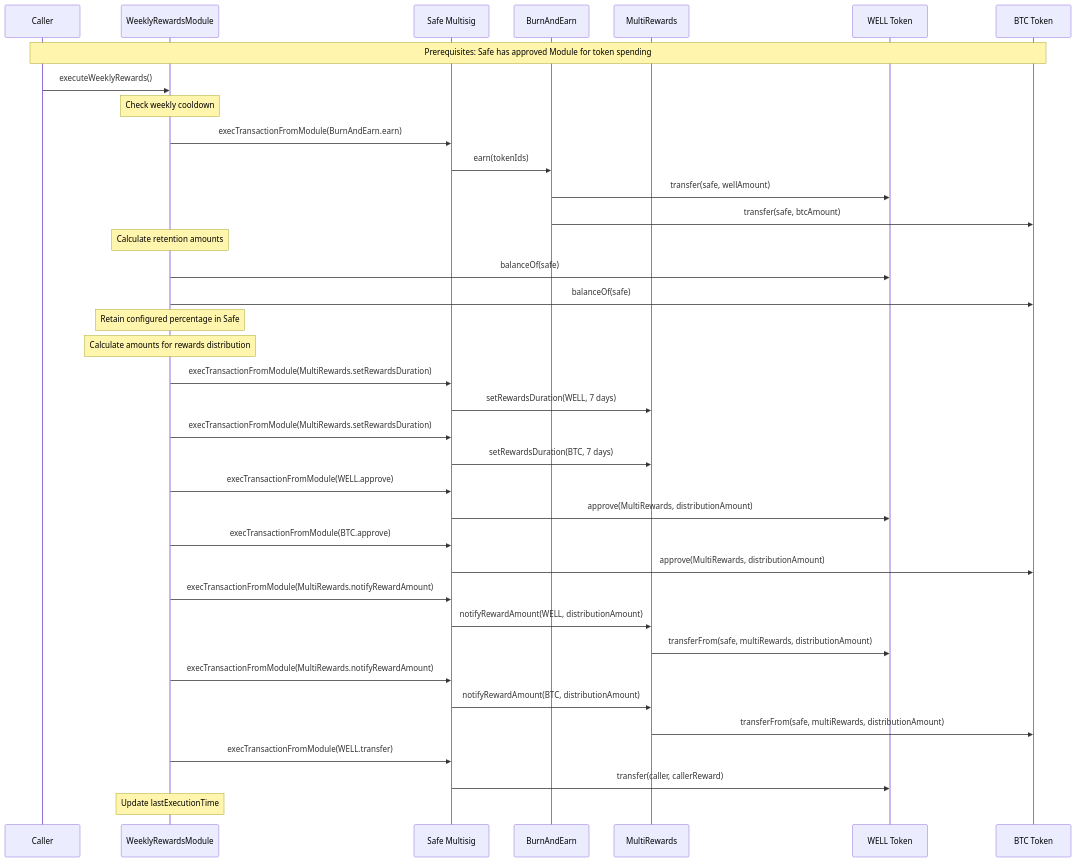
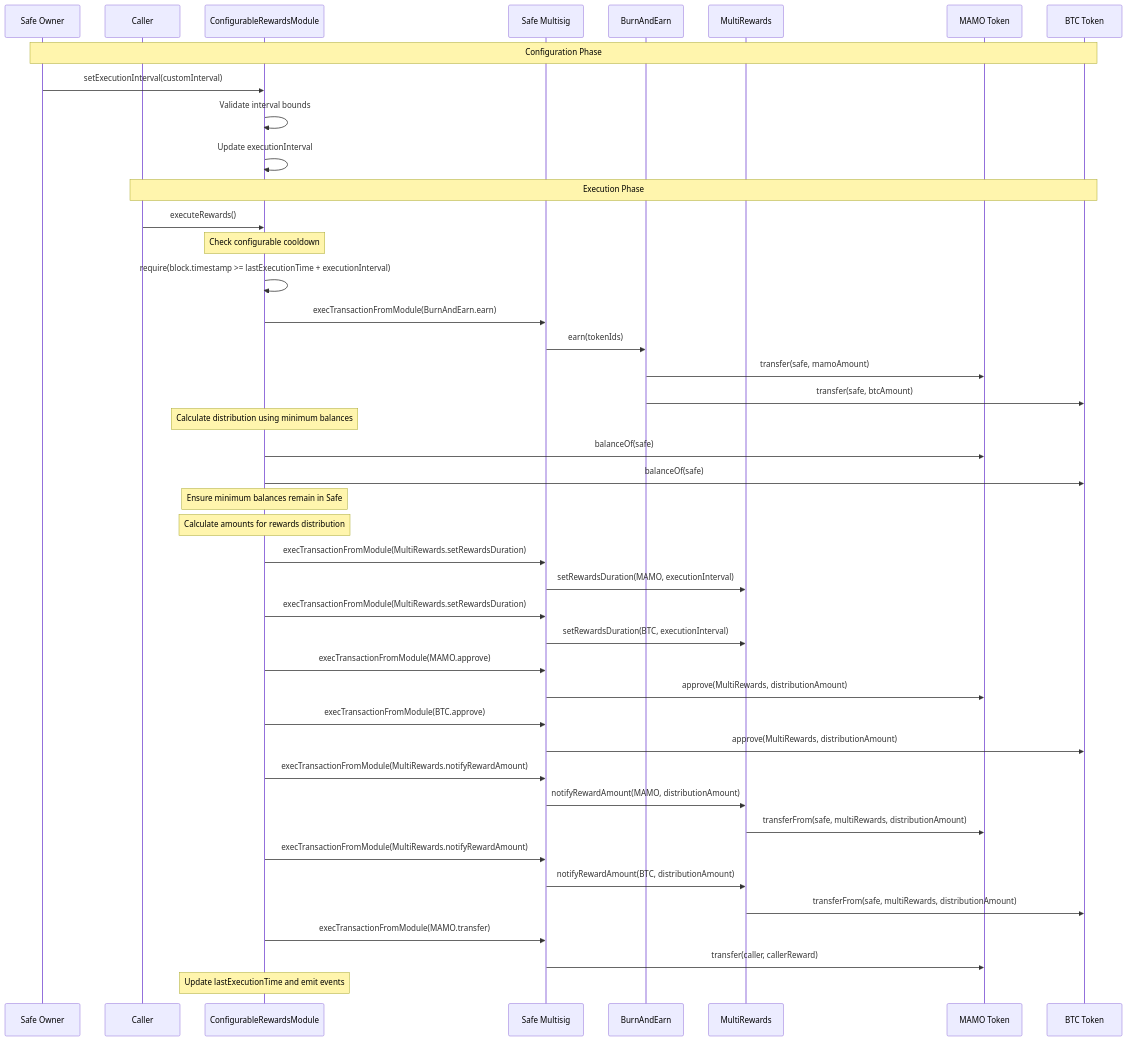
Before and after one commit to moonwell-fi/mamo-contracts: the diagram in docs/SAFE_REWARDS_DISTRIBUTOR_MODULE.md, drawn with Mermaid. The commit also changed other lines of this file, not shown here.

````diff
--- a/docs/SAFE_REWARDS_DISTRIBUTOR_MODULE.md
+++ b/docs/SAFE_REWARDS_DISTRIBUTOR_MODULE.md
@@ -27,53 +39,59 @@
 ```mermaid
 sequenceDiagram
+    participant Owner as Safe Owner
     participant Caller
-    participant Module as WeeklyRewardsModule
+    participant Module as ConfigurableRewardsModule
     participant Safe as Safe Multisig
     participant BurnAndEarn
     participant MultiRewards
-    participant WELL as WELL Token
+    participant MAMO as MAMO Token
     participant BTC as BTC Token
 
-    Note over Caller,BTC: Prerequisites: Safe has approved Module for token spending
-
-    Caller->>Module: executeWeeklyRewards()
+    Note over Owner,BTC: Configuration Phase
+    Owner->>Module: setExecutionInterval(customInterval)
+    Module->>Module: Validate interval bounds
+    Module->>Module: Update executionInterval
     
-    Note over Module: Check weekly cooldown
+    Note over Caller,BTC: Execution Phase
+    Caller->>Module: executeRewards()
+    
+    Note over Module: Check configurable cooldown
+    Module->>Module: require(block.timestamp >= lastExecutionTime + executionInterval)
     
     Module->>Safe: execTransactionFromModule(BurnAndEarn.earn)
     Safe->>BurnAndEarn: earn(tokenIds)
-    BurnAndEarn->>WELL: transfer(safe, wellAmount)
+    BurnAndEarn->>MAMO: transfer(safe, mamoAmount)
     BurnAndEarn->>BTC: transfer(safe, btcAmount)
     
-    Note over Module: Calculate retention amounts
-    Module->>WELL: balanceOf(safe)
+    Note over Module: Calculate distribution using minimum balances
+    Module->>MAMO: balanceOf(safe)
     Module->>BTC: balanceOf(safe)
     
-    Note over Module: Retain configured percentage in Safe
+    Note over Module: Ensure minimum balances remain in Safe
     Note over Module: Calculate amounts for rewards distribution
     
     Module->>Safe: execTransactionFromModule(MultiRewards.setRewardsDuration)
-    Safe->>MultiRewards: setRewardsDuration(WELL, 7 days)
+    Safe->>MultiRewards: setRewardsDuration(MAMO, executionInterval)
     
     Module->>Safe: execTransactionFromModule(MultiRewards.setRewardsDuration)
-    Safe->>MultiRewards: setRewardsDuration(BTC, 7 days)
+    Safe->>MultiRewards: setRewardsDuration(BTC, executionInterval)
     
-    Module->>Safe: execTransactionFromModule(WELL.approve)
-    Safe->>WELL: approve(MultiRewards, distributionAmount)
+    Module->>Safe: execTransactionFromModule(MAMO.approve)
+    Safe->>MAMO: approve(MultiRewards, distributionAmount)
     
     Module->>Safe: execTransactionFromModule(BTC.approve)
     Safe->>BTC: approve(MultiRewards, distributionAmount)
     
     Module->>Safe: execTransactionFromModule(MultiRewards.notifyRewardAmount)
-    Safe->>MultiRewards: notifyRewardAmount(WELL, distributionAmount)
-    MultiRewards->>WELL: transferFrom(safe, multiRewards, distributionAmount)
+    Safe->>MultiRewards: notifyRewardAmount(MAMO, distributionAmount)
+    MultiRewards->>MAMO: transferFrom(safe, multiRewards, distributionAmount)
     
     Module->>Safe: execTransactionFromModule(MultiRewards.notifyRewardAmount)
     Safe->>MultiRewards: notifyRewardAmount(BTC, distributionAmount)
     MultiRewards->>BTC: transferFrom(safe, multiRewards, distributionAmount)
     
-    Module->>Safe: execTransactionFromModule(WELL.transfer)
-    Safe->>WELL: transfer(caller, callerReward)
+    Module->>Safe: execTransactionFromModule(MAMO.transfer)
+    Safe->>MAMO: transfer(caller, callerReward)
     
-    Note over Module: Update lastExecutionTime
+    Note over Module: Update lastExecutionTime and emit events
 ```
````
